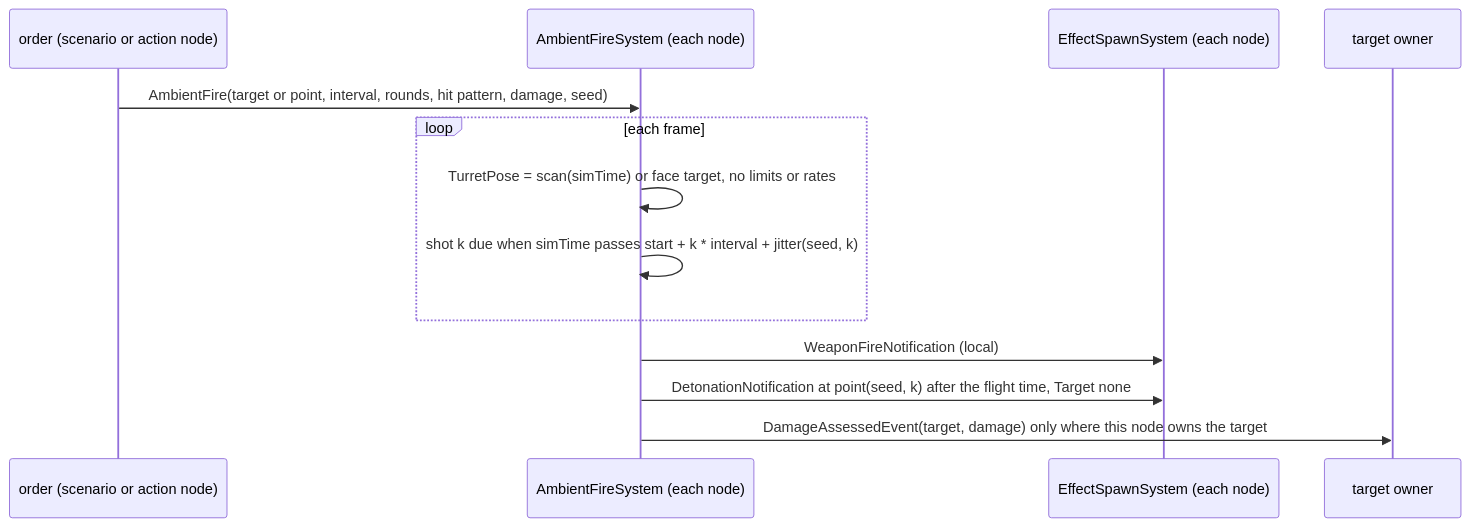
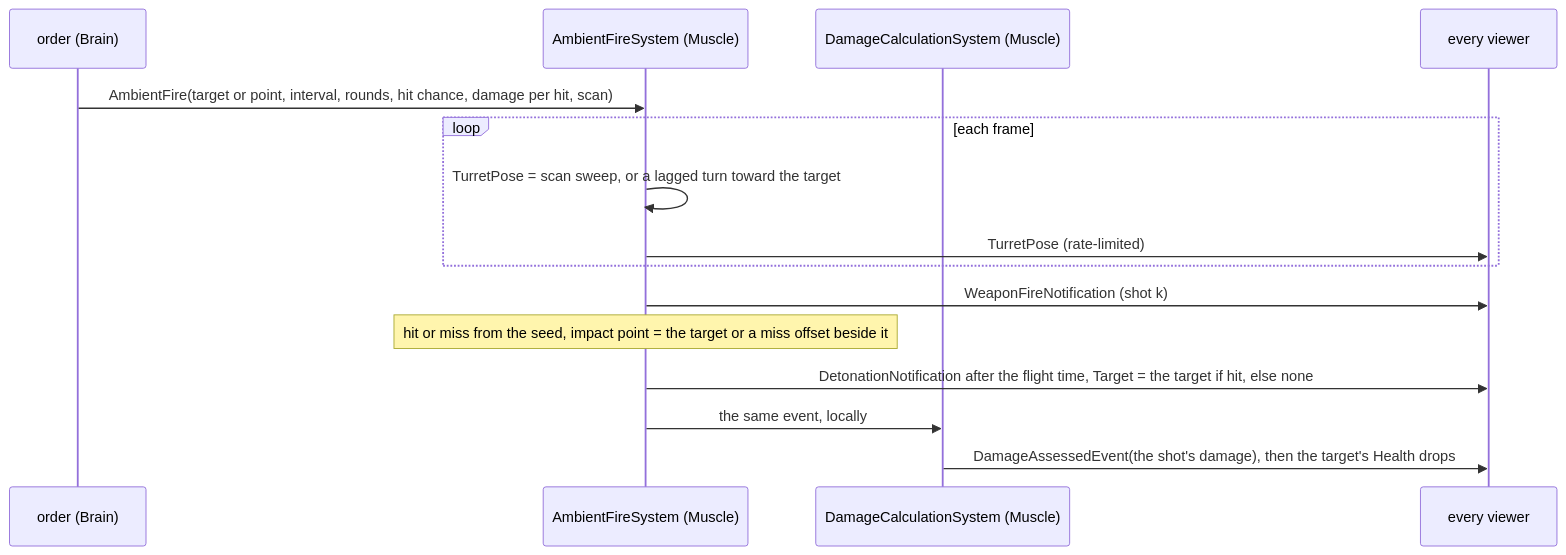
One commit to pjanec/HROT changed the fifth of 5 diagrams in docs/DESIGN_Weapon_Layers.md. Above: the diagram before and after it, drawn with Mermaid. The commit also changed other lines of this file, not shown here.

First line of the commit message:
docs(B1): ambient fire revised (U-W4) — the usual wire events and turret-pose updates, a simplified damage model on the targets

````diff
--- a/docs/DESIGN_Weapon_Layers.md
+++ b/docs/DESIGN_Weapon_Layers.md
@@ -229,15 +241,17 @@
 ```mermaid
 sequenceDiagram
-  participant O as order (scenario or action node)
-  participant S as AmbientFireSystem (each node)
-  participant E as EffectSpawnSystem (each node)
-  participant T as target owner
-  O->>S: AmbientFire(target or point, interval, rounds, hit pattern, damage, seed)
+  participant O as order (Brain)
+  participant S as AmbientFireSystem (Muscle)
+  participant D as DamageCalculationSystem (Muscle)
+  participant V as every viewer
+  O->>S: AmbientFire(target or point, interval, rounds, hit chance, damage per hit, scan)
   loop each frame
-    S->>S: TurretPose = scan(simTime) or face target, no limits or rates
-    S->>S: shot k due when simTime passes start + k * interval + jitter(seed, k)
+    S->>S: TurretPose = scan sweep, or a lagged turn toward the target
+    S->>V: TurretPose (rate-limited)
   end
-  S->>E: WeaponFireNotification (local)
-  S->>E: DetonationNotification at point(seed, k) after the flight time, Target none
-  S->>T: DamageAssessedEvent(target, damage) only where this node owns the target
+  S->>V: WeaponFireNotification (shot k)
+  Note over S: hit or miss from the seed, impact point = the target or a miss offset beside it
+  S->>V: DetonationNotification after the flight time, Target = the target if hit, else none
+  S->>D: the same event, locally
+  D->>V: DamageAssessedEvent(the shot's damage), then the target's Health drops
 ```
````
